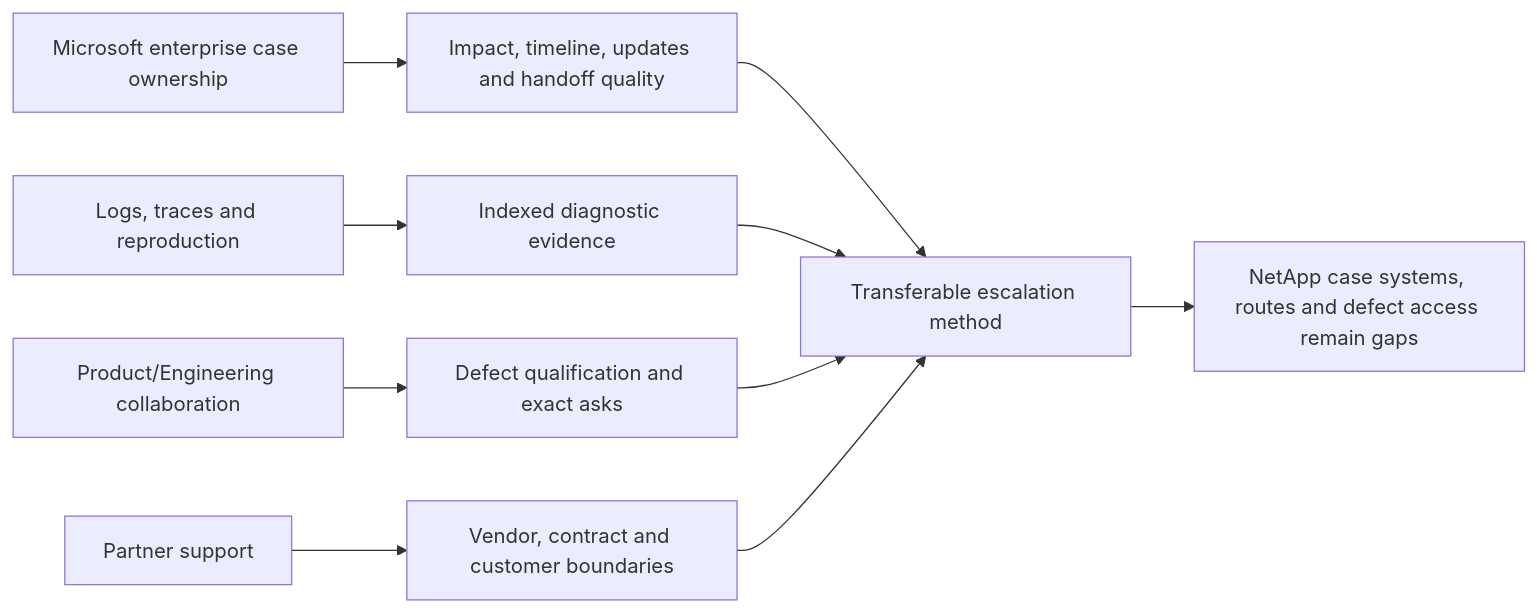
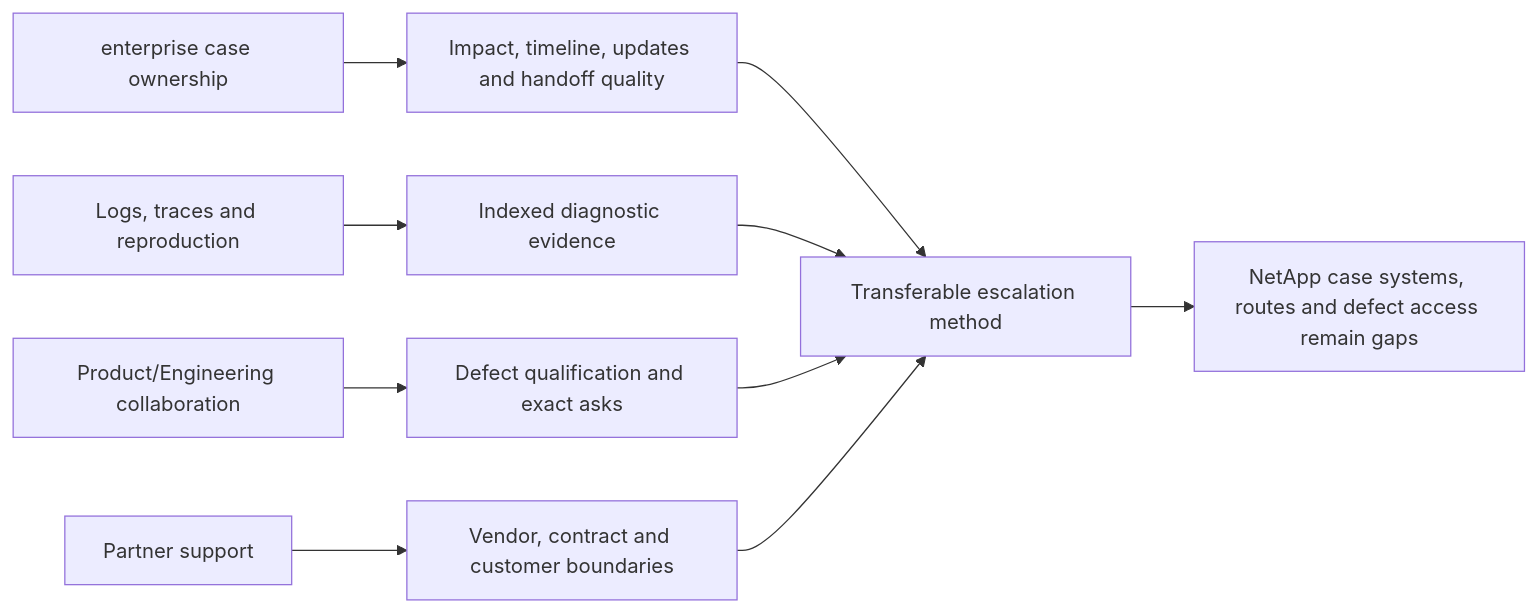
Before and after one commit to hichauhan-in/Interview-Prep: diagram 21 of 22 in NetApp TAM/prep/Part-73-escalation-packages-engineering-engagement.md, drawn with Mermaid. The commit also changed other lines of this file and 493 other files, not shown here.

````diff
--- a/NetApp TAM/prep/Part-73-escalation-packages-engineering-engagement.md
+++ b/NetApp TAM/prep/Part-73-escalation-packages-engineering-engagement.md
@@ -632,12 +632,12 @@
 ```mermaid
 flowchart LR
-    MCASE[Microsoft enterprise case ownership] --> QUAL[Impact, timeline, updates and handoff quality]
+    MCASE[enterprise case ownership] --> QUAL[Impact, timeline, updates and handoff quality]
     TRACE[Logs, traces and reproduction] --> EVID[Indexed diagnostic evidence]
     PG[Product/Engineering collaboration] --> ASK[Defect qualification and exact asks]
     PART[Partner support] --> BOUND[Vendor, contract and customer boundaries]
     QUAL --> TRANS[Transferable escalation method]
     EVID --> TRANS
     ASK --> TRANS
     BOUND --> TRANS
     TRANS --> GAP[NetApp case systems, routes and defect access remain gaps]
 ```
````
